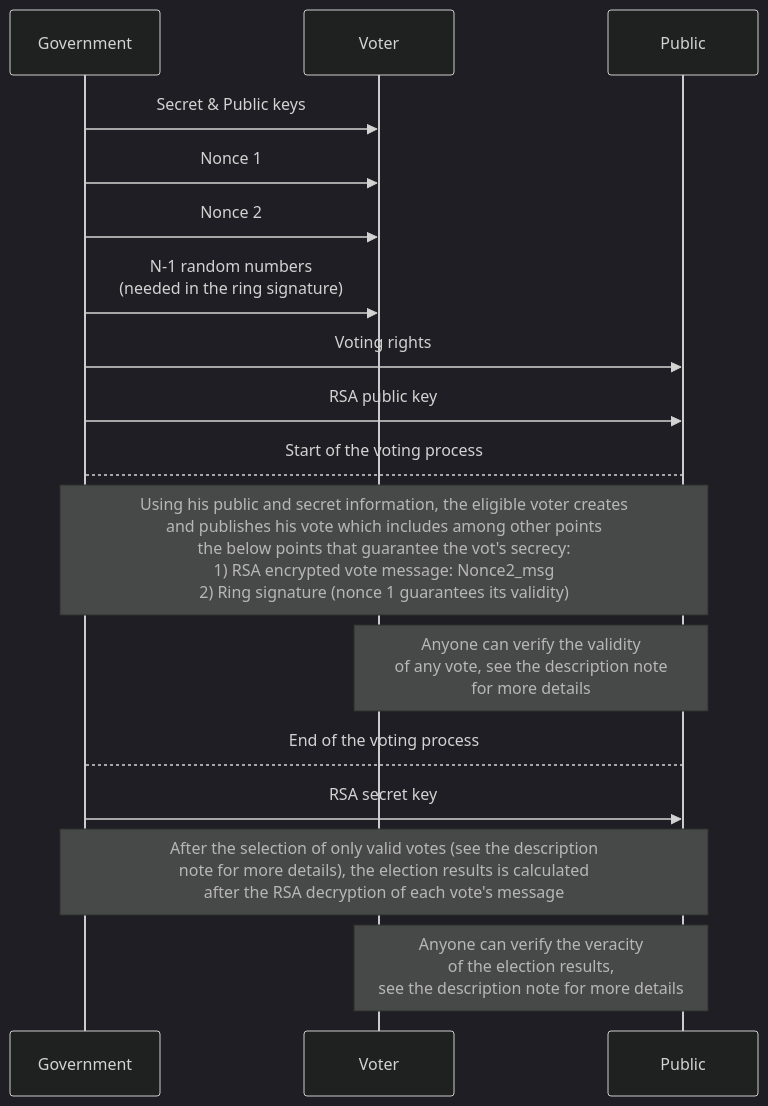
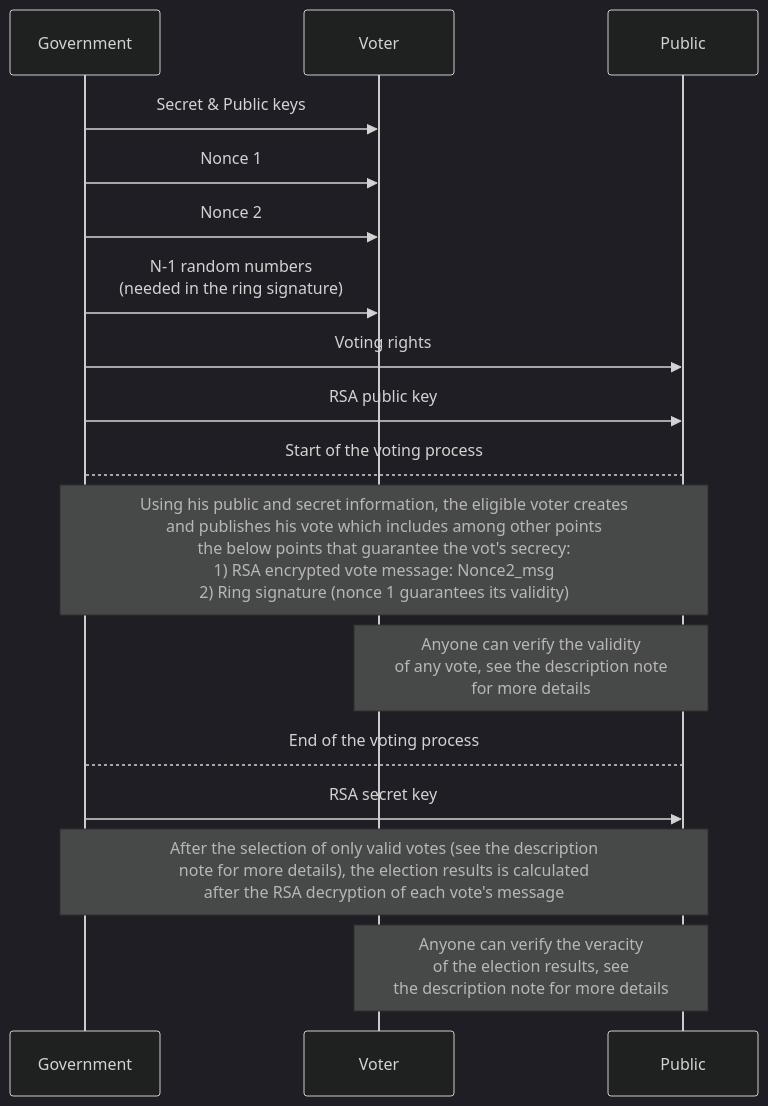
Before and after one commit to GAKht/Public-BCelec: the diagram in README.md, drawn with Mermaid (dark theme).

Commit message:
Updating README file

````diff
--- a/README.md
+++ b/README.md
@@ -11,19 +11,19 @@
 ```mermaid
 sequenceDiagram
     participant Gvt as Government
     participant V as Voter
     participant P as Public
     Gvt->>V: Secret & Public keys
     Gvt->>V: Nonce 1
     Gvt->>V: Nonce 2
     Gvt->>V: N-1 random numbers <br> (needed in the ring signature)
     Gvt->>P: Voting rights
     Gvt->>P: RSA public key
     Gvt-->P: Start of the voting process
     Note over Gvt,P: Using his public and secret information, the eligible voter creates <br>and publishes his vote which includes among other points<br> the below points that guarantee the vot's secrecy: <br> 1) RSA encrypted vote message: Nonce2_msg <br> 2) Ring signature (nonce 1 guarantees its validity)
     Note over V,P:  Anyone can verify the validity <br> of any vote, see the description note <br> for more details
     Gvt-->P: End of the voting process
     Gvt->>P: RSA secret key
     Note over Gvt,P: After the selection of only valid votes (see the description  <br>note  for more details), the election results is calculated  <br>after the RSA decryption of each vote's message 
-    Note over V,P:  Anyone can verify the veracity <br>of the election results, <br>see the description note  for more details
+    Note over V,P:  Anyone can verify the veracity <br>of the election results, see <br>the description note  for more details
 ```
````
